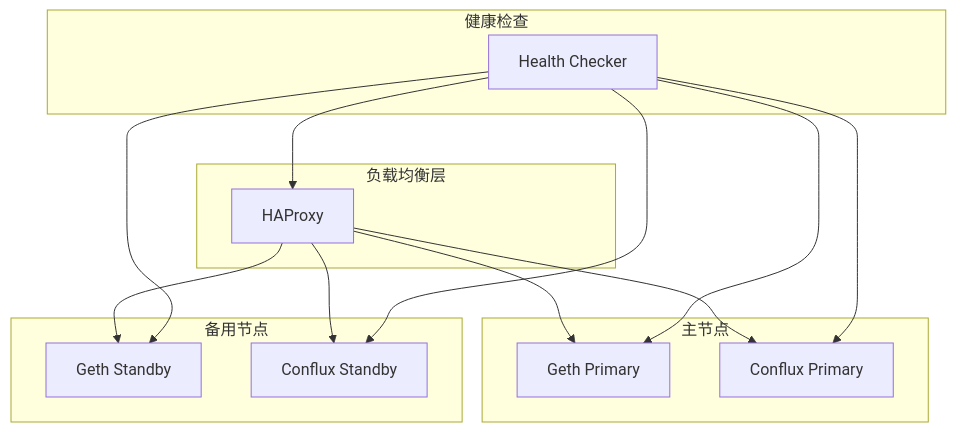
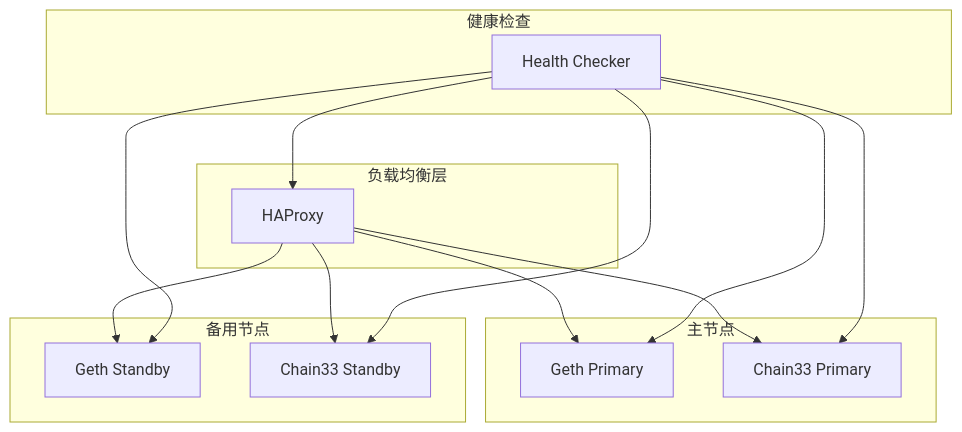
Before and after one commit to vipwzw/blockchain-doc: the second of 3 diagrams in LayerZero_跨链部署方案/04_区块链节点部署.md, drawn with Mermaid. The commit also changed other lines of this file and 9 other files, not shown here.

First line of the commit message:
refactor(LayerZero): 将 Conflux/CFX 替换为 Chain33/Coin33

````diff
--- a/LayerZero_跨链部署方案/04_区块链节点部署.md
+++ b/LayerZero_跨链部署方案/04_区块链节点部署.md
@@ -365,31 +365,31 @@
 ```mermaid
 flowchart TB
     subgraph LB["负载均衡层"]
         HAProxy[HAProxy]
     end
     
     subgraph Primary["主节点"]
         ETH_Primary[Geth Primary]
-        CFX_Primary[Conflux Primary]
+        Coin33_Primary[Chain33 Primary]
     end
     
     subgraph Standby["备用节点"]
         ETH_Standby[Geth Standby]
-        CFX_Standby[Conflux Standby]
+        Coin33_Standby[Chain33 Standby]
     end
     
     subgraph HealthCheck["健康检查"]
         HC[Health Checker]
     end
     
     HAProxy --> ETH_Primary
     HAProxy --> ETH_Standby
-    HAProxy --> CFX_Primary
-    HAProxy --> CFX_Standby
+    HAProxy --> Coin33_Primary
+    HAProxy --> Coin33_Standby
     
     HC --> ETH_Primary
     HC --> ETH_Standby
-    HC --> CFX_Primary
-    HC --> CFX_Standby
+    HC --> Coin33_Primary
+    HC --> Coin33_Standby
     HC --> HAProxy
 ```
````
